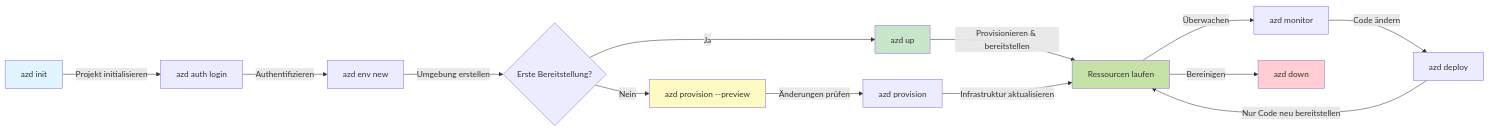
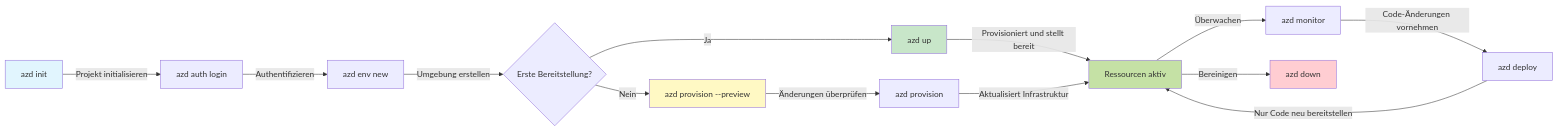
Before and after one commit to microsoft/AZD-for-beginners: the first of 2 diagrams in translations/de/docs/chapter-01-foundation/azd-basics.md, drawn with Mermaid. The commit also changed other lines of this file and 104 other files, not shown here.

````diff
--- a/translations/de/docs/chapter-01-foundation/azd-basics.md
+++ b/translations/de/docs/chapter-01-foundation/azd-basics.md
@@ -269,21 +269,21 @@
 ```mermaid
 graph LR
     A[azd init] -->|Projekt initialisieren| B[azd auth login]
     B -->|Authentifizieren| C[azd env new]
     C -->|Umgebung erstellen| D{Erste Bereitstellung?}
     D -->|Ja| E[azd up]
     D -->|Nein| F[azd provision --preview]
-    F -->|Änderungen prüfen| G[azd provision]
-    E -->|Provisionieren & bereitstellen| H[Ressourcen laufen]
-    G -->|Infrastruktur aktualisieren| H
+    F -->|Änderungen überprüfen| G[azd provision]
+    E -->|Provisioniert und stellt bereit| H[Ressourcen aktiv]
+    G -->|Aktualisiert Infrastruktur| H
     H -->|Überwachen| I[azd monitor]
-    I -->|Code ändern| J[azd deploy]
+    I -->|Code-Änderungen vornehmen| J[azd deploy]
     J -->|Nur Code neu bereitstellen| H
     H -->|Bereinigen| K[azd down]
     
     style A fill:#e1f5fe
     style E fill:#c8e6c9
     style F fill:#fff9c4
     style H fill:#c5e1a5
     style K fill:#ffcdd2
 ```
````
